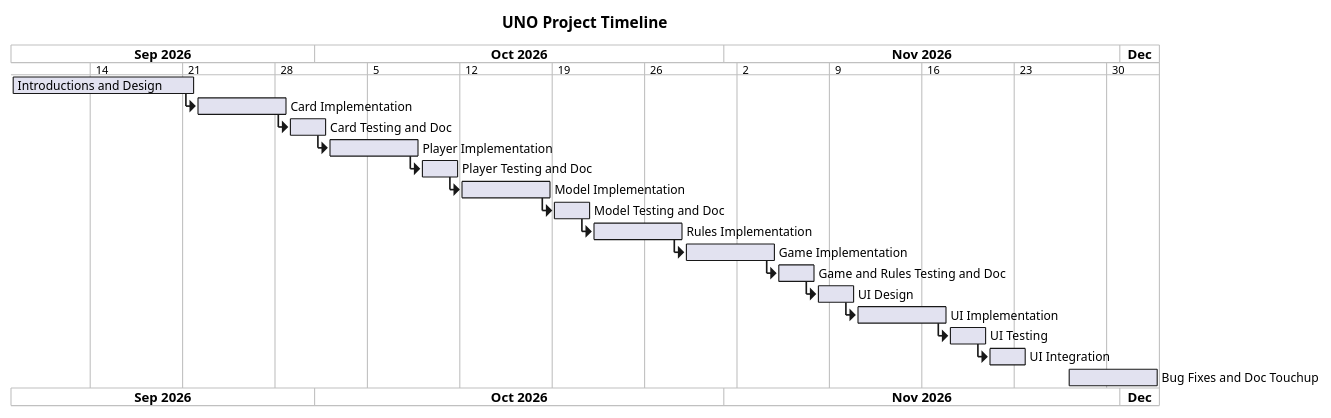
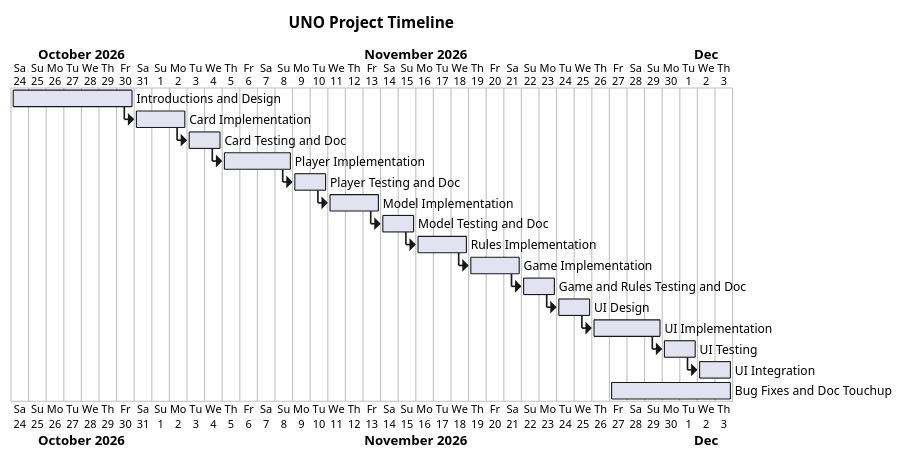
The diagram in Gantt.puml (J-Hoover271/CSC478-Project), drawn with PlantUML before and after one commit.

Commit message:
Chore: updated Gantt chart

```diff
--- a/Gantt.puml
+++ b/Gantt.puml
@@ -1,49 +1,49 @@
 @startgantt
 title UNO Project Timeline
-Project starts 2026-09-08
-printscale weekly with calendar date zoom 3
+Project starts 2026-10-24
 
-[Introductions and Design] lasts 14 days
 
-[Card Implementation] lasts 7 days
+[Introductions and Design] lasts 7 days
+
+[Card Implementation] lasts 3 days
 [Card Implementation] starts at [Introductions and Design]'s end
 
-[Card Testing and Doc] lasts 3 days
+[Card Testing and Doc] lasts 2 days
 [Card Testing and Doc] starts at [Card Implementation]'s end
 
-[Player Implementation] lasts 7 days
+[Player Implementation] lasts 4 days
 [Player Implementation] starts at [Card Testing and Doc]'s end
 
-[Player Testing and Doc] lasts 3 days
+[Player Testing and Doc] lasts 2 days
 [Player Testing and Doc] starts at [Player Implementation]'s end
 
-[Model Implementation] lasts 7 days
+[Model Implementation] lasts 3 days
 [Model Implementation] starts at [Player Testing and Doc]'s end
 
-[Model Testing and Doc] lasts 3 days
+[Model Testing and Doc] lasts 2 days
 [Model Testing and Doc] starts at [Model Implementation]'s end
 
-[Rules Implementation] lasts 7 days
+[Rules Implementation] lasts 3 days
 [Rules Implementation] starts at [Model Testing and Doc]'s end
 
-[Game Implementation] lasts 7 days
+[Game Implementation] lasts 3 days
 [Game Implementation] starts at [Rules Implementation]'s end
 
-[Game and Rules Testing and Doc] lasts 3 days
+[Game and Rules Testing and Doc] lasts 2 days
 [Game and Rules Testing and Doc] starts at [Game Implementation]'s end
 
-[UI Design] lasts 3 days
+[UI Design] lasts 2 days
 [UI Design] starts at [Game and Rules Testing and Doc]'s end
 
-[UI Implementation] lasts 7 days
+[UI Implementation] lasts 4 days
 [UI Implementation] starts at [UI Design]'s end
 
-[UI Testing] lasts 3 days
+[UI Testing] lasts 2 days
 [UI Testing] starts at [UI Implementation]'s end
 
-[UI Integration] lasts 3 days
+[UI Integration] lasts 2 days
 [UI Integration] starts at [UI Testing]'s end
 
 [Bug Fixes and Doc Touchup] lasts 7 days
 [Bug Fixes and Doc Touchup] starts 2026-11-27
 @endgantt
```
